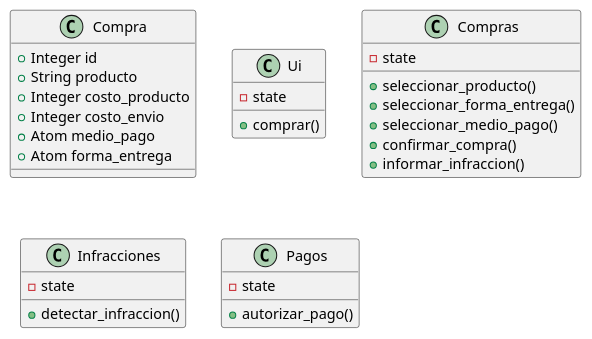
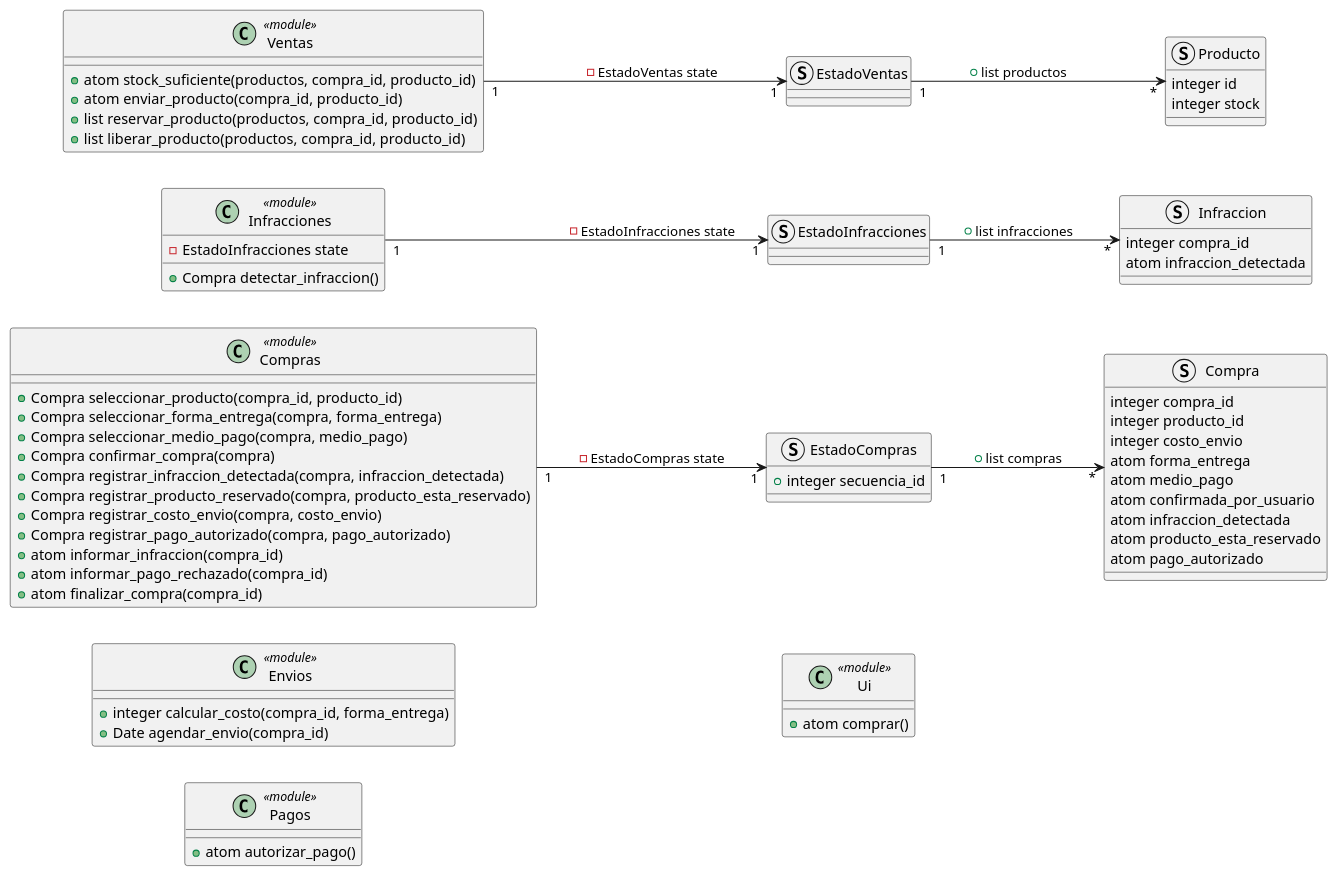
One commit to Fabian-VM/libremarket-elixir changed the diagram in docs/diagrama-clases.puml. Above: the diagram before and after it, drawn with PlantUML.

Commit message:
diagrama de clases y estructuras que describen los estados

```diff
--- a/docs/diagrama-clases.puml
+++ b/docs/diagrama-clases.puml
@@ -1,38 +1,111 @@
 @startuml Libremarket
 
-class Compra {
-    + Integer id
-    + String producto
-    + Integer costo_producto
-    + Integer costo_envio
-    + Atom medio_pago
-    + Atom forma_entrega
+left to right direction
+
+' --------------------------------
+
+class Compras <<module>> {
+    + Compra seleccionar_producto(compra_id, producto_id)
+    + Compra seleccionar_forma_entrega(compra, forma_entrega)
+    + Compra seleccionar_medio_pago(compra, medio_pago)
+    + Compra confirmar_compra(compra)
+    + Compra registrar_infraccion_detectada(compra, infraccion_detectada)
+    + Compra registrar_producto_reservado(compra, producto_esta_reservado)
+    + Compra registrar_costo_envio(compra, costo_envio) 
+    + Compra registrar_pago_autorizado(compra, pago_autorizado) 
+    + atom informar_infraccion(compra_id)
+    + atom informar_pago_rechazado(compra_id)
+    + atom finalizar_compra(compra_id) 
 }
 
-class Ui {
-    - state
-    + comprar()
+struct EstadoCompras {
+    + integer secuencia_id
 }
 
-class Compras {
-    - state
-    + seleccionar_producto()
-    + seleccionar_forma_entrega()
-    + seleccionar_medio_pago()
-    + confirmar_compra()
-    + informar_infraccion()
-}
-
-class Infracciones {
-    - state
-    + detectar_infraccion()
+struct Compra {
+    integer compra_id
+    integer producto_id
+    integer costo_envio
+    atom forma_entrega
+    atom medio_pago
+    atom confirmada_por_usuario
+    atom infraccion_detectada
+    atom producto_esta_reservado
+    atom pago_autorizado
 }
 
 
-class Pagos {
-    - state
-    + autorizar_pago()
+Compras "1" --> "1" EstadoCompras : - EstadoCompras state
+
+EstadoCompras "1" --> "*" Compra : + list compras 
+
+
+' --------------------------------
+
+class Infracciones <<module>> {
+    - EstadoInfracciones state
+    + Compra detectar_infraccion()
 }
 
 
+struct EstadoInfracciones {
+
+}
+
+struct Infraccion {
+    integer compra_id
+    atom infraccion_detectada
+}
+
+Infracciones "1" --> "1" EstadoInfracciones : - EstadoInfracciones state
+
+EstadoInfracciones "1" --> "*" Infraccion : + list infracciones 
+
+
+' --------------------------------
+
+class Ventas <<module>> {
+    + atom stock_suficiente(productos, compra_id, producto_id)
+    + atom enviar_producto(compra_id, producto_id)
+    + list reservar_producto(productos, compra_id, producto_id) 
+    + list liberar_producto(productos, compra_id, producto_id)
+}
+
+
+struct EstadoVentas {
+
+}
+
+struct Producto {
+    integer id
+    integer stock
+}
+
+Ventas "1" --> "1" EstadoVentas : - EstadoVentas state
+
+EstadoVentas "1" --> "*" Producto : + list productos 
+
+
+' --------------------------------
+
+class Envios <<module>> {
+    + integer calcular_costo(compra_id, forma_entrega)
+    + Date agendar_envio(compra_id)
+}
+
+' --------------------------------
+
+class Pagos <<module>> {
+    + atom autorizar_pago()
+}
+
+' --------------------------------
+
+class Ui <<module>> {
+    + atom comprar()
+}
+
+' --------------------------------
+
+
 @enduml
```
